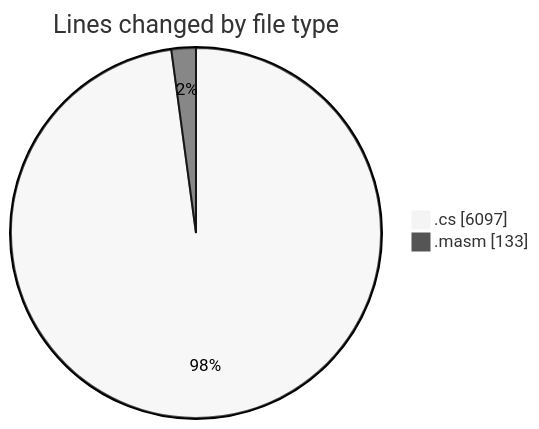
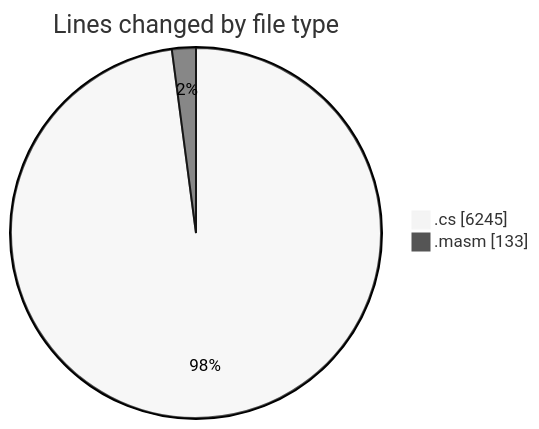
One commit to charlie-sans/code-tracking changed the first of 2 diagrams in 2025-03-17/sharpmasm/README.md. Above: the diagram before and after it, drawn with Mermaid (neutral theme). The commit also changed other lines of this file and 1 other file, not shown here.

````diff
--- a/2025-03-17/sharpmasm/README.md
+++ b/2025-03-17/sharpmasm/README.md
@@ -28,6 +28,6 @@
 ```mermaid
 pie showData
 title Lines changed by file type
-".cs" : 6097
+".cs" : 6245
 ".masm" : 133
 ```
````
